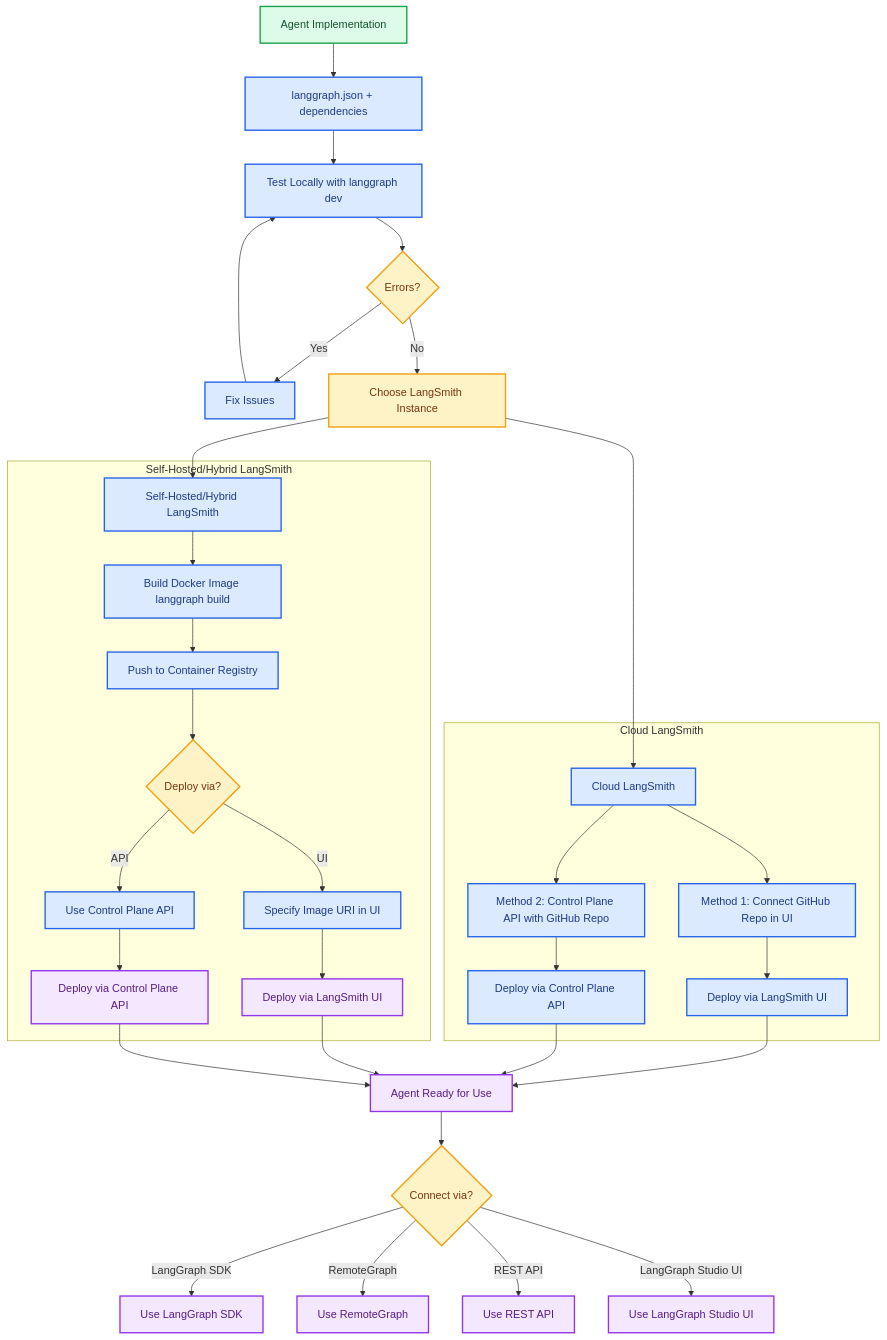
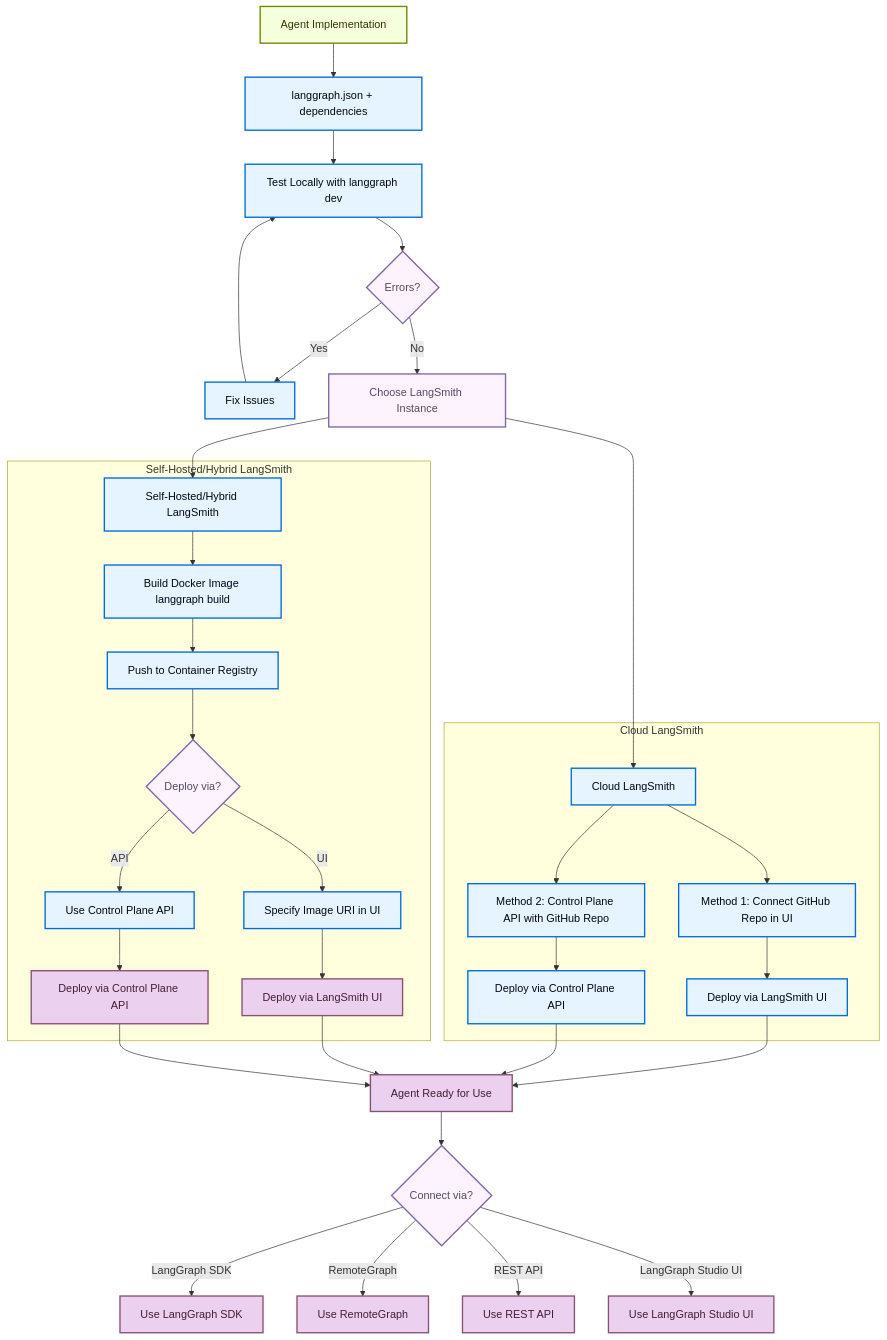
The second of 2 diagrams in langsmith/cicd-pipeline-example.mdx (kunfan96/cndocs-langchain), drawn with Mermaid before and after one commit. The commit also changed other lines of this file and 2538 other files, not shown here.

````diff
--- a/langsmith/cicd-pipeline-example.mdx
+++ b/langsmith/cicd-pipeline-example.mdx
@@ -156,56 +156,56 @@
 ```mermaid actions={false}
 graph TD
     A[Agent Implementation] --> B[langgraph.json + dependencies]
     B --> C[Test Locally with langgraph dev]
     C --> D{Errors?}
     D -->|Yes| E[Fix Issues]
     E --> C
     D -->|No| F[Choose LangSmith Instance]
 
     F --> G[Cloud LangSmith]
     F --> H[Self-Hosted/Hybrid LangSmith]
 
     subgraph "Cloud LangSmith"
         G --> I[Method 1: Connect GitHub Repo in UI]
         G --> J[Method 2: Control Plane API with GitHub Repo]
         I --> K[Deploy via LangSmith UI]
         J --> L[Deploy via Control Plane API]
     end
 
     subgraph "Self-Hosted/Hybrid LangSmith"
         H --> S[Build Docker Image langgraph build]
         S --> T[Push to Container Registry]
         T --> U{Deploy via?}
         U -->|UI| V[Specify Image URI in UI]
         U -->|API| W[Use Control Plane API]
         V --> X[Deploy via LangSmith UI]
         W --> Y[Deploy via Control Plane API]
     end
 
     K --> AA[Agent Ready for Use]
     L --> AA
     X --> AA
     Y --> AA
 
     AA --> BB{Connect via?}
     BB -->|LangGraph SDK| CC[Use LangGraph SDK]
     BB -->|RemoteGraph| DD[Use RemoteGraph]
     BB -->|REST API| EE[Use REST API]
     BB -->|LangGraph Studio UI| FF[Use LangGraph Studio UI]
 
-    classDef trigger fill:#DCFCE7,stroke:#16A34A,stroke-width:2px,color:#14532D
-    classDef process fill:#DBEAFE,stroke:#2563EB,stroke-width:2px,color:#1E3A8A
-    classDef decision fill:#FEF3C7,stroke:#F59E0B,stroke-width:2px,color:#78350F
-    classDef output fill:#F3E8FF,stroke:#9333EA,stroke-width:2px,color:#581C87
+    classDef trigger fill:#F6FFDB,stroke:#6E8900,stroke-width:2px,color:#2E3900
+    classDef process fill:#E5F4FF,stroke:#006DDD,stroke-width:2px,color:#030710
+    classDef decision fill:#FDF3FF,stroke:#7E65AE,stroke-width:2px,color:#504B5F
+    classDef output fill:#EBD0F0,stroke:#885270,stroke-width:2px,color:#441E33
 
     class A trigger
     class B,C process
     class D,U,BB decision
     class E process
     class F decision
     class G,H process
     class I,J,S,T process
     class K,L,V,W process
     class X,Y,AA output
     class CC,DD,EE,FF output
 ```
````
